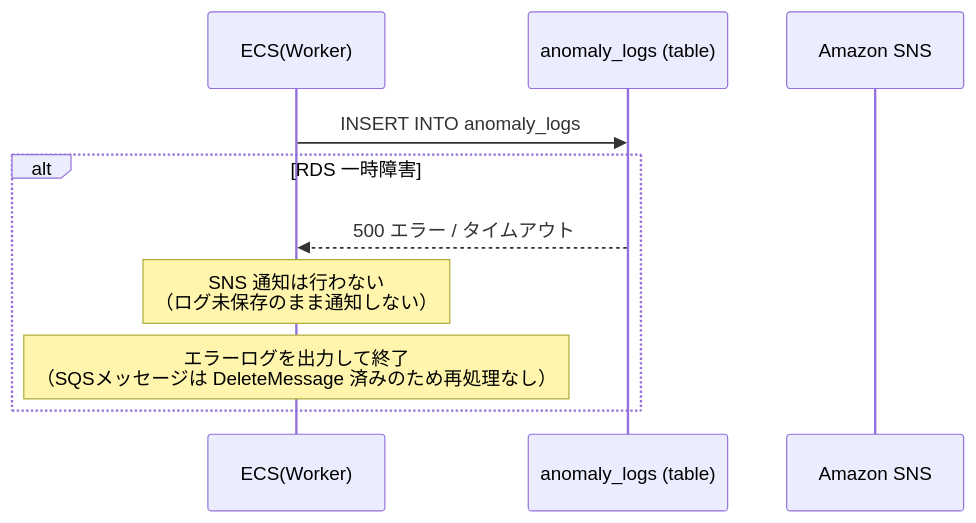
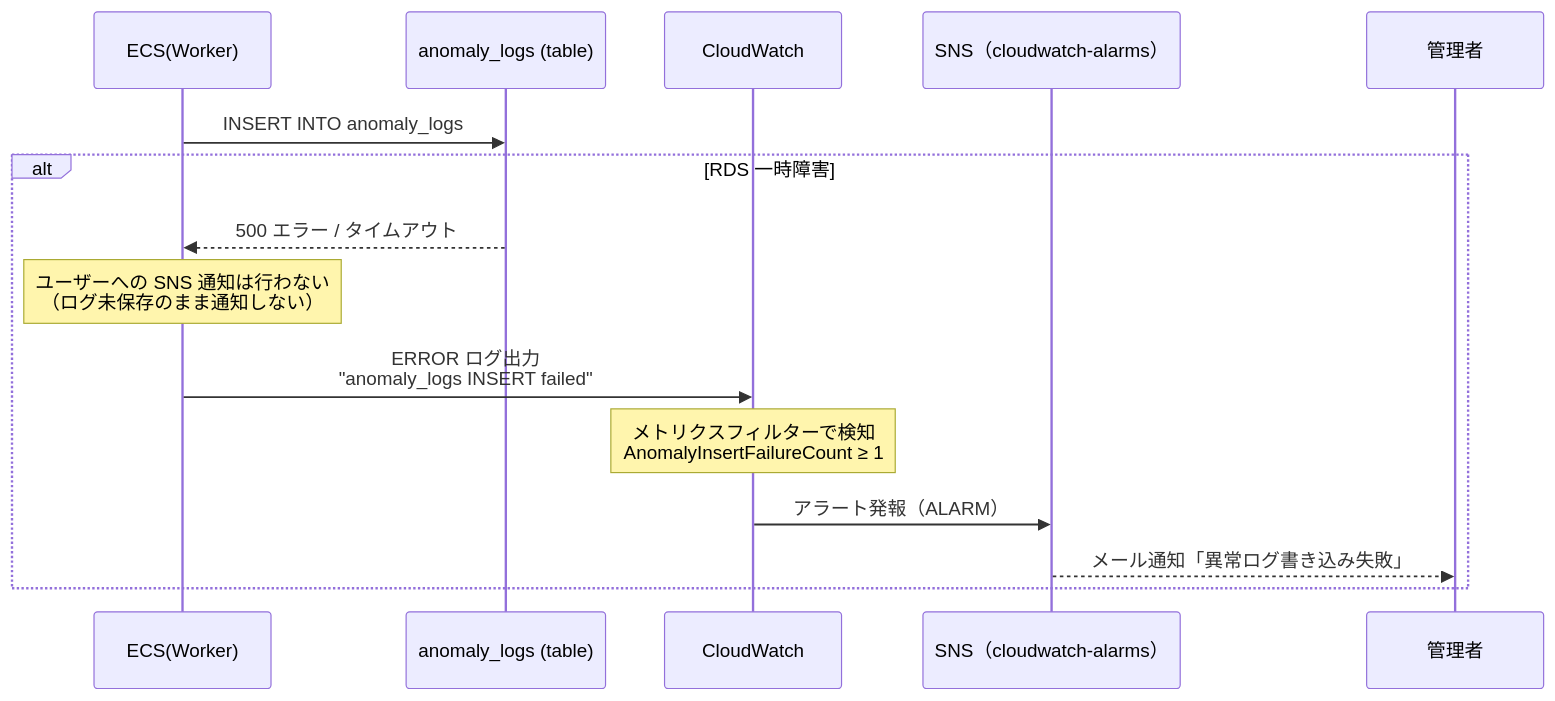
One commit to riaton/home-smart-factory changed the third of 4 diagrams in docs/basic_design/sequence/異常検知.md. Above: the diagram before and after it, drawn with Mermaid. The commit also changed other lines of this file and 6 other files, not shown here.

````diff
--- a/docs/basic_design/sequence/異常検知.md
+++ b/docs/basic_design/sequence/異常検知.md
@@ -73,14 +73,19 @@
 ```mermaid
 sequenceDiagram
     participant Worker as ECS(Worker)
     participant Logs as anomaly_logs (table)
-    participant SNS as Amazon SNS
+    participant CW as CloudWatch
+    participant SNSAdmin as SNS（cloudwatch-alarms）
+    participant Admin as 管理者
 
     Worker->>Logs: INSERT INTO anomaly_logs
 
     alt RDS 一時障害
         Logs-->>Worker: 500 エラー / タイムアウト
-        Note over Worker: SNS 通知は行わない<br/>（ログ未保存のまま通知しない）
-        Note over Worker: エラーログを出力して終了<br/>（SQSメッセージは DeleteMessage 済みのため再処理なし）
+        Note over Worker: ユーザーへの SNS 通知は行わない<br/>（ログ未保存のまま通知しない）
+        Worker->>CW: ERROR ログ出力<br/>"anomaly_logs INSERT failed"
+        Note over CW: メトリクスフィルターで検知<br/>AnomalyInsertFailureCount ≥ 1
+        CW->>SNSAdmin: アラート発報（ALARM）
+        SNSAdmin-->>Admin: メール通知「異常ログ書き込み失敗」
     end
 ```
````
